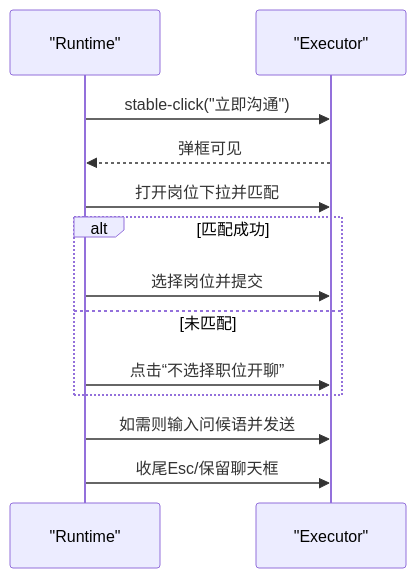
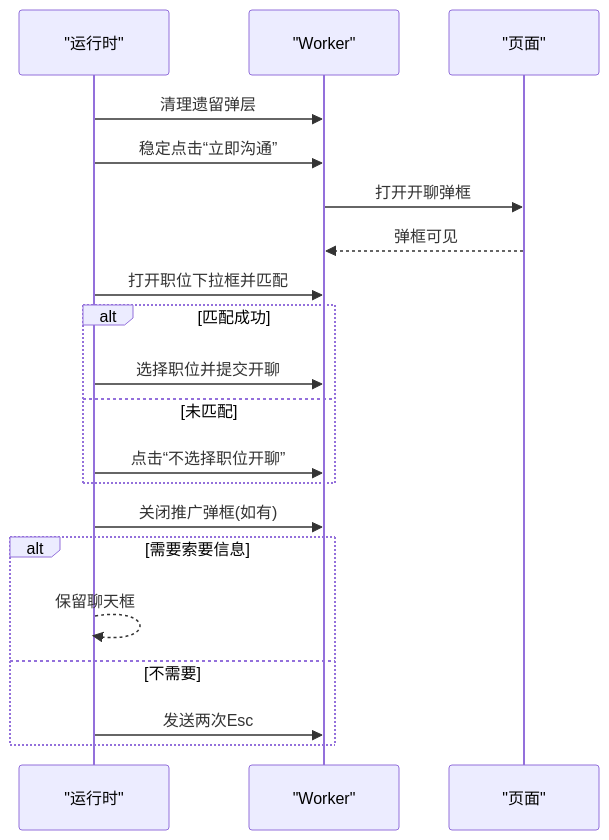
One commit to alvinwangzi/goodhr changed the seventh of 10 diagrams in .qoder/repowiki/zh/content/系统架构/本地Agent架构/平台适配器系统/猎聘适配器.md. Above: the diagram before and after it, drawn with Mermaid. The commit also changed other lines of this file and 149 other files, not shown here.

````diff
--- a/.qoder/repowiki/zh/content/系统架构/本地Agent架构/平台适配器系统/猎聘适配器.md
+++ b/.qoder/repowiki/zh/content/系统架构/本地Agent架构/平台适配器系统/猎聘适配器.md
@@ -253,15 +260,22 @@
 ```mermaid
 sequenceDiagram
-participant R as "Runtime"
-participant E as "Executor"
-R->>E : stable-click("立即沟通")
-E-->>R : 弹框可见
-R->>E : 打开岗位下拉并匹配
+participant R as "运行时"
+participant W as "Worker"
+participant P as "页面"
+R->>W : 清理遗留弹层
+R->>W : 稳定点击“立即沟通”
+W->>P : 打开开聊弹框
+P-->>W : 弹框可见
+R->>W : 打开职位下拉框并匹配
 alt 匹配成功
-R->>E : 选择岗位并提交
+R->>W : 选择职位并提交开聊
 else 未匹配
-R->>E : 点击“不选择职位开聊”
+R->>W : 点击“不选择职位开聊”
 end
-R->>E : 如需则输入问候语并发送
-R->>E : 收尾Esc/保留聊天框
+R->>W : 关闭推广弹框(如有)
+alt 需要索要信息
+R-->>R : 保留聊天框
+else 不需要
+R->>W : 发送两次Esc
+end
 ```
````
